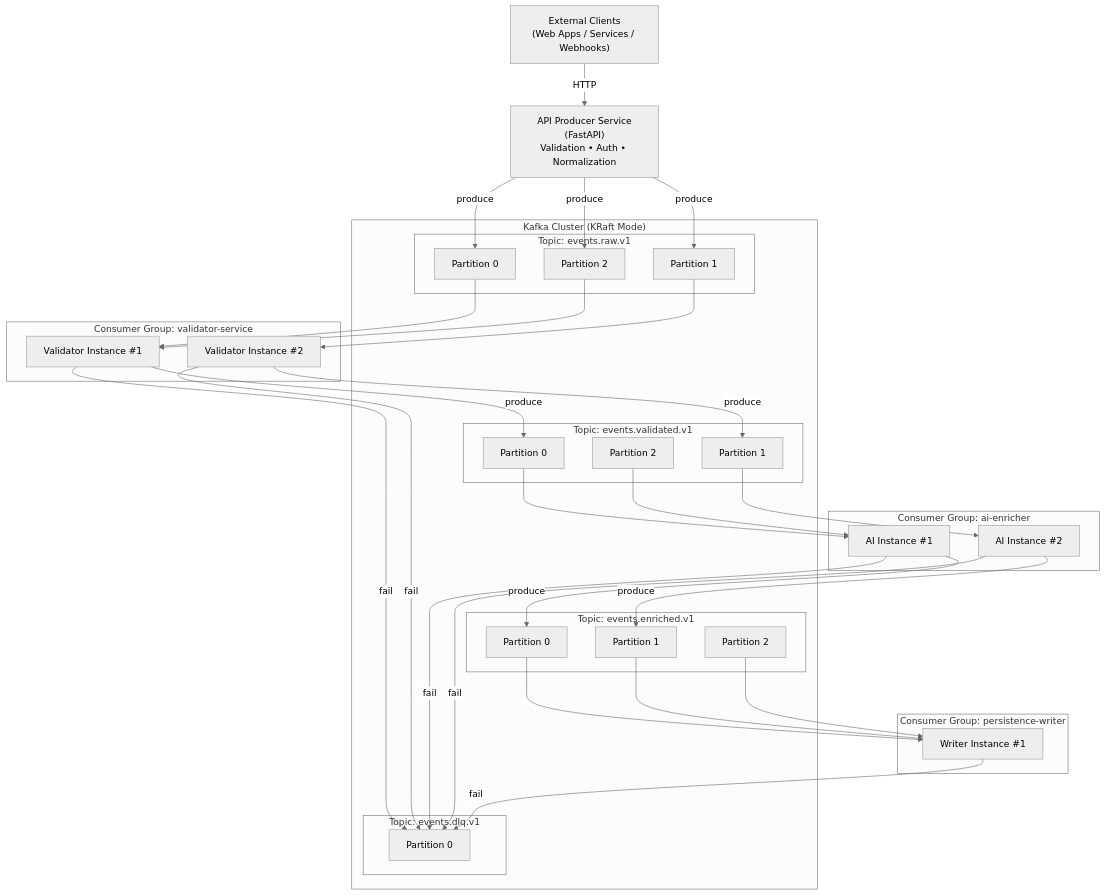
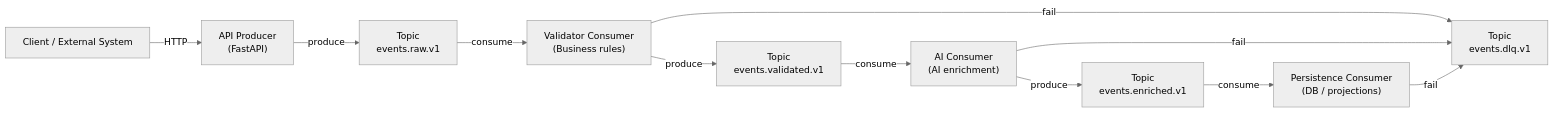
Before and after one commit to sofman65/EventFlow: the diagram in README.md, drawn with Mermaid (neutral theme).

````diff
--- a/README.md
+++ b/README.md
@@ -46,76 +46,31 @@
 ```mermaid
-flowchart TB
+flowchart LR
 
-Clients["External Clients<br/>(Web Apps / Services / Webhooks)"]
+Client["Client / External System"]
 
-API["API Producer Service<br/>(FastAPI)<br/>Validation • Auth • Normalization"]
+API["API Producer<br/>(FastAPI)"]
 
-subgraph Kafka["Kafka Cluster (KRaft Mode)"]
+Raw["Topic<br/>events.raw.v1"]
+Validated["Topic<br/>events.validated.v1"]
+Enriched["Topic<br/>events.enriched.v1"]
+DLQ["Topic<br/>events.dlq.v1"]
 
-    subgraph RawTopic["Topic: events.raw.v1"]
-        R0["Partition 0"]
-        R1["Partition 1"]
-        R2["Partition 2"]
-    end
+Validator["Validator Consumer<br/>(Business rules)"]
+AI["AI Consumer<br/>(AI enrichment)"]
+Persistence["Persistence Consumer<br/>(DB / projections)"]
 
-    subgraph ValidatedTopic["Topic: events.validated.v1"]
-        V0["Partition 0"]
-        V1["Partition 1"]
-        V2["Partition 2"]
-    end
+Client -->|HTTP| API
+API -->|produce| Raw
 
-    subgraph EnrichedTopic["Topic: events.enriched.v1"]
-        E0["Partition 0"]
-        E1["Partition 1"]
-        E2["Partition 2"]
-    end
+Raw -->|consume| Validator
+Validator -->|produce| Validated
+Validator -->|fail| DLQ
 
-    subgraph DLQTopic["Topic: events.dlq.v1"]
-        D0["Partition 0"]
-    end
-end
+Validated -->|consume| AI
+AI -->|produce| Enriched
+AI -->|fail| DLQ
 
-subgraph ValidatorGroup["Consumer Group: validator-service"]
-    Val1["Validator Instance #1"]
-    Val2["Validator Instance #2"]
-end
+Enriched -->|consume| Persistence
+Persistence -->|fail| DLQ
 
-subgraph AIGroup["Consumer Group: ai-enricher"]
-    AI1["AI Instance #1"]
-    AI2["AI Instance #2"]
-end
-
-subgraph PersistenceGroup["Consumer Group: persistence-writer"]
-    DB1["Writer Instance #1"]
-end
-
-Clients -->|HTTP| API
-
-API -->|produce| R0
-API -->|produce| R1
-API -->|produce| R2
-
-R0 --> Val1
-R1 --> Val2
-R2 --> Val1
-
-Val1 -->|produce| V0
-Val2 -->|produce| V1
-
-V0 --> AI1
-V1 --> AI2
-V2 --> AI1
-
-AI1 -->|produce| E0
-AI2 -->|produce| E1
-
-E0 --> DB1
-E1 --> DB1
-E2 --> DB1
-
-Val1 -->|fail| D0
-Val2 -->|fail| D0
-AI1 -->|fail| D0
-AI2 -->|fail| D0
-DB1 -->|fail| D0
 ```
````
